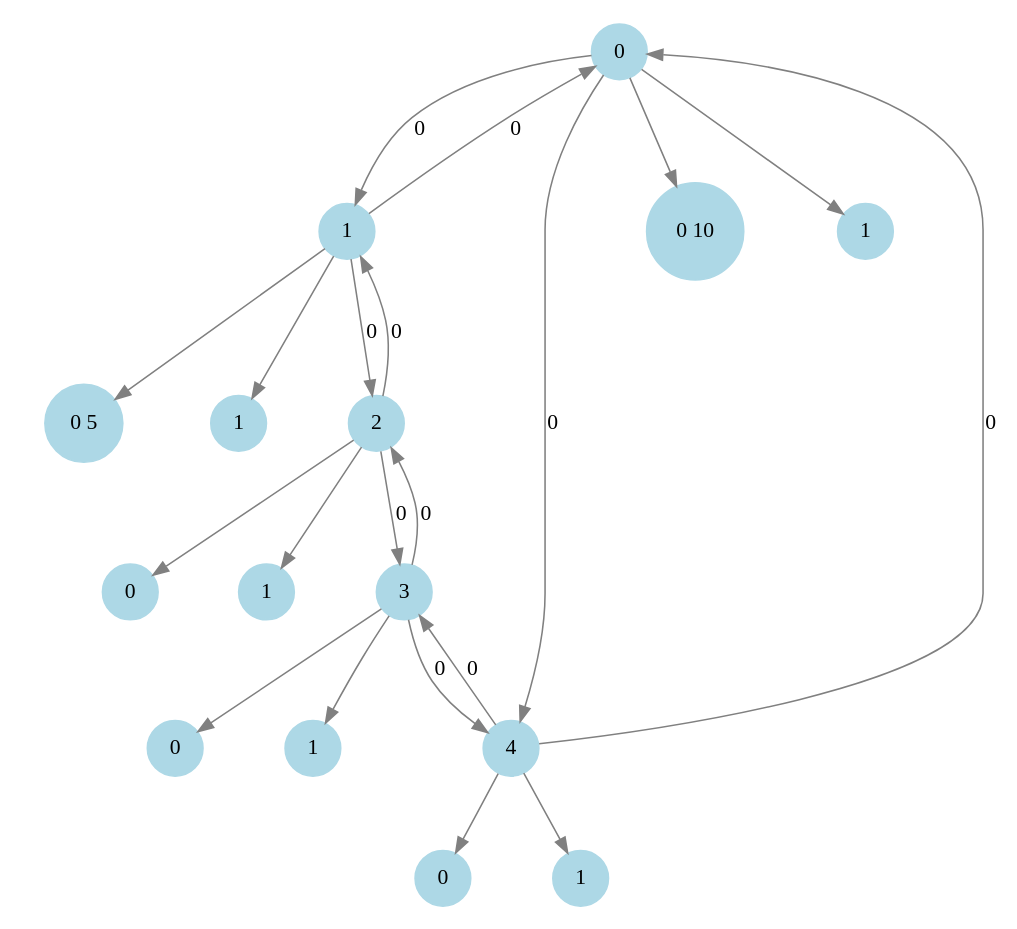
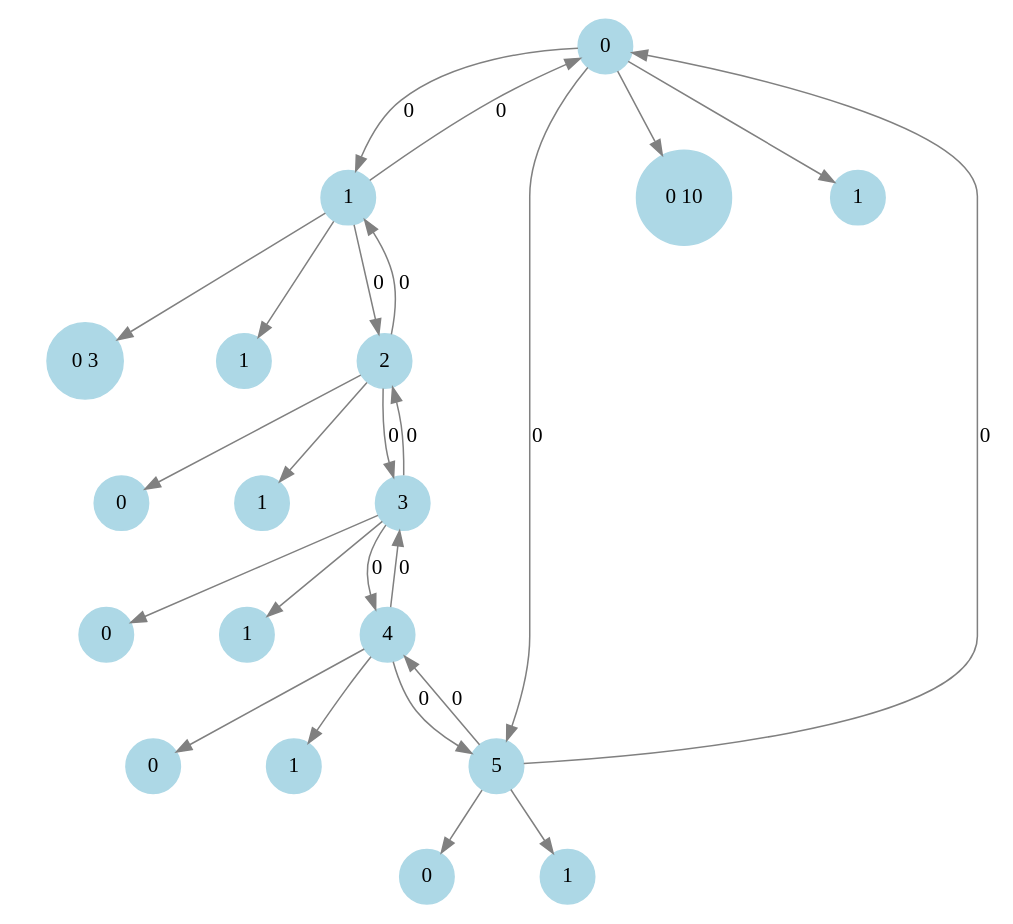
One commit to Fede108/Algoritmos-y-estructura-de-Datos changed the diagram in Trabajo_Final/src/grafo.dot. Above: the diagram before and after it, drawn with Graphviz. The commit also changed 4 other files, not shown here.

```diff
--- a/Trabajo_Final/src/grafo.dot
+++ b/Trabajo_Final/src/grafo.dot
@@ -1,36 +1,42 @@
 digraph G {
     node [shape=circle, style=filled, color=lightblue];
     edge [color=gray, penwidth=1];
     size="8,8";
     ratio="fill";
     0 -> 1 [label="0"];
-    0 -> 4 [label="0"];
+    0 -> 5 [label="0"];
     0 -> 00;
     00 [label="0 10"];
     0 -> 10;
     10 [label="1"];
     1 -> 0 [label="0"];
     1 -> 2 [label="0"];
     1 -> 01;
-    01 [label="0 5"];
+    01 [label="0 3"];
     1 -> 11;
     11 [label="1"];
     2 -> 1 [label="0"];
     2 -> 3 [label="0"];
     2 -> 02;
     02 [label="0"];
     2 -> 12;
     12 [label="1"];
     3 -> 2 [label="0"];
     3 -> 4 [label="0"];
     3 -> 03;
     03 [label="0"];
     3 -> 13;
     13 [label="1"];
-    4 -> 0 [label="0"];
     4 -> 3 [label="0"];
+    4 -> 5 [label="0"];
     4 -> 04;
     04 [label="0"];
     4 -> 14;
     14 [label="1"];
+    5 -> 0 [label="0"];
+    5 -> 4 [label="0"];
+    5 -> 05;
+    05 [label="0"];
+    5 -> 15;
+    15 [label="1"];
 }
```
